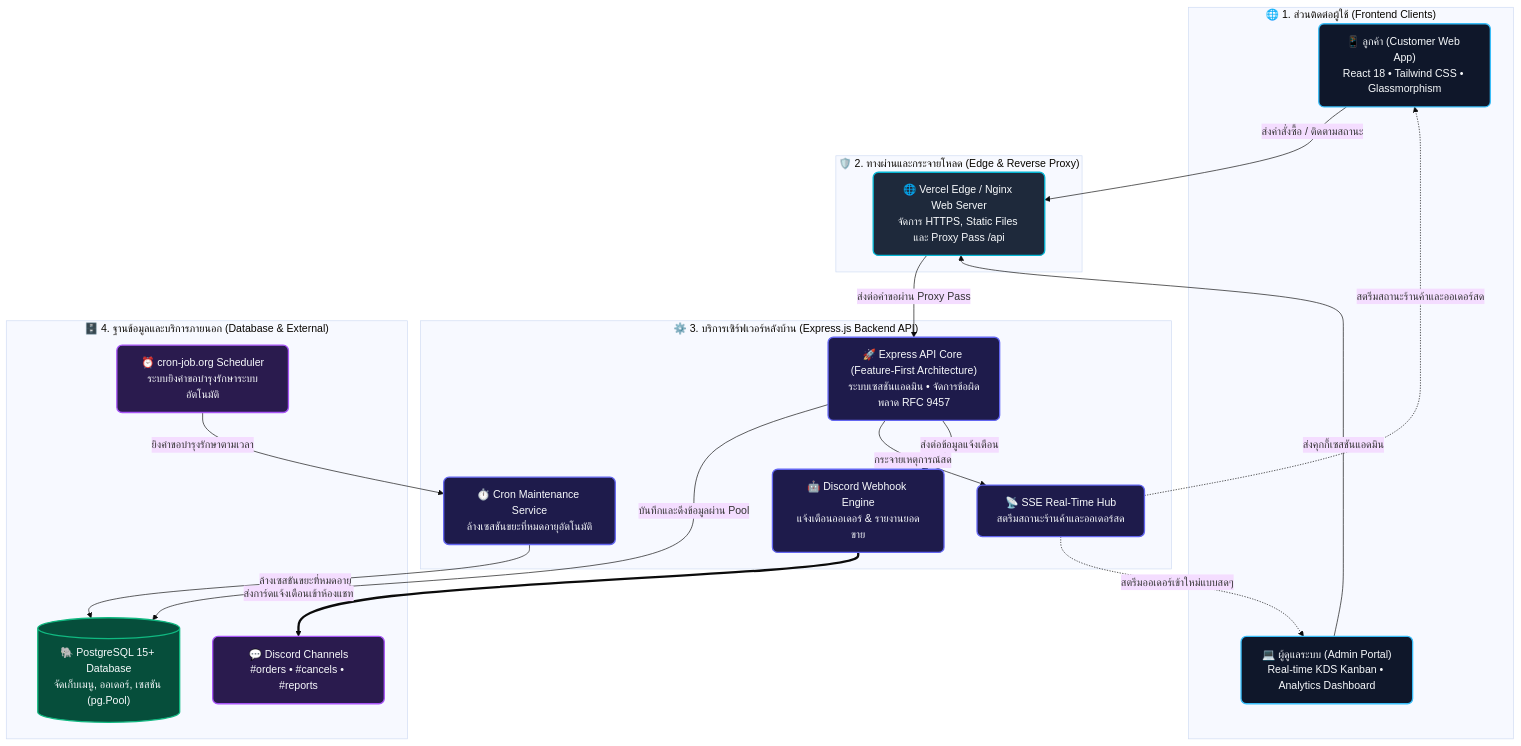
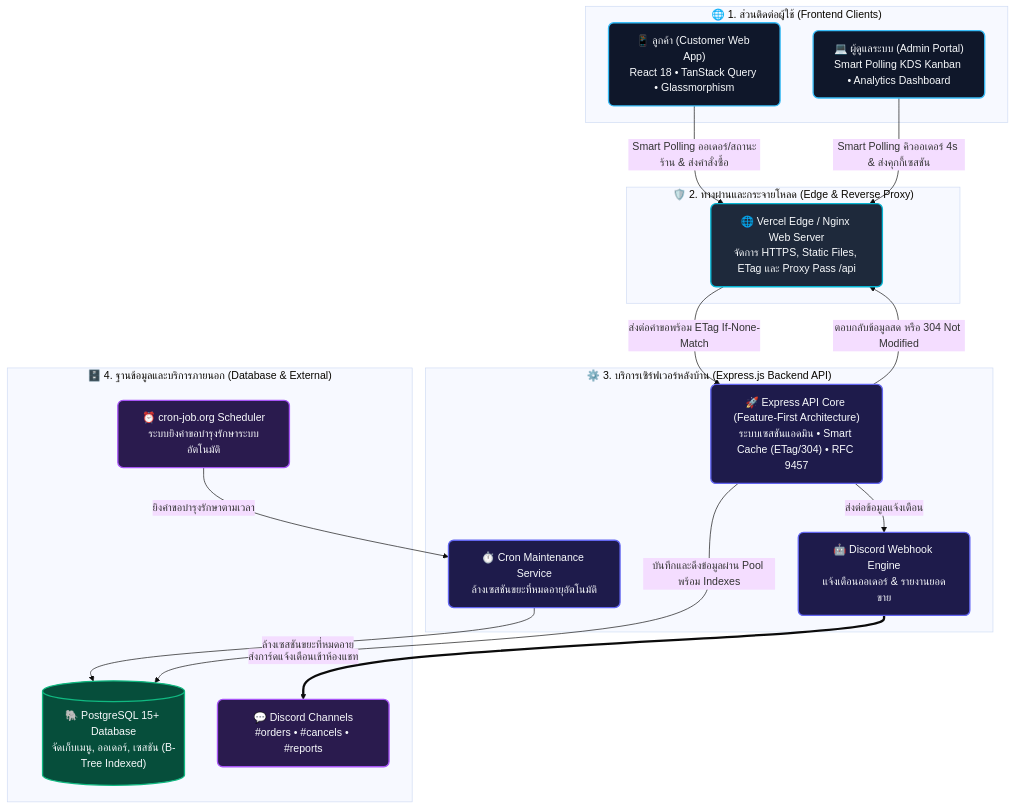
One commit to Youngmaidainon/Food-Order-Web-Application changed the diagram in README.md. Above: the diagram before and after it, drawn with Mermaid (base theme). The commit also changed other lines of this file and 21 other files, not shown here.

Commit message:
Migrate from SSE to Smart Polling and Smart Cache architecture

````diff
--- a/README.md
+++ b/README.md
@@ -25,47 +25,44 @@
 ```mermaid
 flowchart TD
     %% กำหนดชุดสีและสไตล์ของแต่ละเลเยอร์ (GitHub Dark & Light Compatible)
     classDef clientStyle fill:#0f172a,stroke:#38bdf8,stroke-width:2px,color:#f8fafc,rx:8px
     classDef proxyStyle fill:#1e293b,stroke:#06b6d4,stroke-width:2px,color:#f8fafc,rx:8px
     classDef backendStyle fill:#1e1b4b,stroke:#6366f1,stroke-width:2px,color:#f8fafc,rx:8px
     classDef dbStyle fill:#064e3b,stroke:#10b981,stroke-width:2px,color:#f8fafc
     classDef extStyle fill:#2a1b4e,stroke:#a855f7,stroke-width:2px,color:#f8fafc,rx:8px
 
     subgraph Layer_Client ["🌐 1. ส่วนติดต่อผู้ใช้ (Frontend Clients)"]
-        Customer["📱 ลูกค้า (Customer Web App)<br/>React 18 • Tailwind CSS • Glassmorphism"]:::clientStyle
-        Admin["💻 ผู้ดูแลระบบ (Admin Portal)<br/>Real-time KDS Kanban • Analytics Dashboard"]:::clientStyle
+        Customer["📱 ลูกค้า (Customer Web App)<br/>React 18 • TanStack Query • Glassmorphism"]:::clientStyle
+        Admin["💻 ผู้ดูแลระบบ (Admin Portal)<br/>Smart Polling KDS Kanban • Analytics Dashboard"]:::clientStyle
     end
 
     subgraph Layer_Proxy ["🛡️ 2. ทางผ่านและกระจายโหลด (Edge & Reverse Proxy)"]
-        Proxy["🌐 Vercel Edge / Nginx Web Server<br/>จัดการ HTTPS, Static Files และ Proxy Pass /api"]:::proxyStyle
+        Proxy["🌐 Vercel Edge / Nginx Web Server<br/>จัดการ HTTPS, Static Files, ETag และ Proxy Pass /api"]:::proxyStyle
     end
 
     subgraph Layer_Backend ["⚙️ 3. บริการเซิร์ฟเวอร์หลังบ้าน (Express.js Backend API)"]
-        API["🚀 Express API Core (Feature-First Architecture)<br/>ระบบเซสชันแอดมิน • จัดการข้อผิดพลาด RFC 9457"]:::backendStyle
-        SSE["📡 SSE Real-Time Hub<br/>สตรีมสถานะร้านค้าและออเดอร์สด"]:::backendStyle
+        API["🚀 Express API Core (Feature-First Architecture)<br/>ระบบเซสชันแอดมิน • Smart Cache (ETag/304) • RFC 9457"]:::backendStyle
         Discord["🤖 Discord Webhook Engine<br/>แจ้งเตือนออเดอร์ & รายงานยอดขาย"]:::backendStyle
         Cron["⏱️ Cron Maintenance Service<br/>ล้างเซสชันขยะที่หมดอายุอัตโนมัติ"]:::backendStyle
     end
 
     subgraph Layer_Data ["🗄️ 4. ฐานข้อมูลและบริการภายนอก (Database & External)"]
-        DB[("🐘 PostgreSQL 15+ Database<br/>จัดเก็บเมนู, ออเดอร์, เซสชัน (pg.Pool)")]:::dbStyle
+        DB[("🐘 PostgreSQL 15+ Database<br/>จัดเก็บเมนู, ออเดอร์, เซสชัน (B-Tree Indexed)")]:::dbStyle
         DiscordApp["💬 Discord Channels<br/>#orders • #cancels • #reports"]:::extStyle
         CronTrigger["⏰ cron-job.org Scheduler<br/>ระบบยิงคำขอบำรุงรักษาระบบอัตโนมัติ"]:::extStyle
     end
 
     %% เส้นทางการเชื่อมต่อ (Data Flow & Interactions)
-    Customer -->|ส่งคำสั่งซื้อ / ติดตามสถานะ| Proxy
-    Admin -->|ส่งคุกกี้เซสชันแอดมิน| Proxy
+    Customer -->|Smart Polling ออเดอร์/สถานะร้าน & ส่งคำสั่งซื้อ| Proxy
+    Admin -->|Smart Polling คิวออเดอร์ 4s & ส่งคุกกี้เซสชัน| Proxy
 
-    Proxy -->|ส่งต่อคำขอผ่าน Proxy Pass| API
+    Proxy -->|ส่งต่อคำขอพร้อม ETag If-None-Match| API
 
-    API -->|บันทึกและดึงข้อมูลผ่าน Pool| DB
-    API -->|กระจายเหตุการณ์สด| SSE
+    API -->|บันทึกและดึงข้อมูลผ่าน Pool พร้อม Indexes| DB
+    API -->|ตอบกลับข้อมูลสด หรือ 304 Not Modified| Proxy
     API -->|ส่งต่อข้อมูลแจ้งเตือน| Discord
     CronTrigger -->|ยิงคำขอบำรุงรักษาตามเวลา| Cron
     Cron -->|ล้างเซสชันขยะที่หมดอายุ| DB
 
-    SSE -.->|สตรีมสถานะร้านค้าและออเดอร์สด| Customer
-    SSE -.->|สตรีมออเดอร์เข้าใหม่แบบสดๆ| Admin
     Discord ==>|ส่งการ์ดแจ้งเตือนเข้าห้องแชท| DiscordApp
 ```
````
